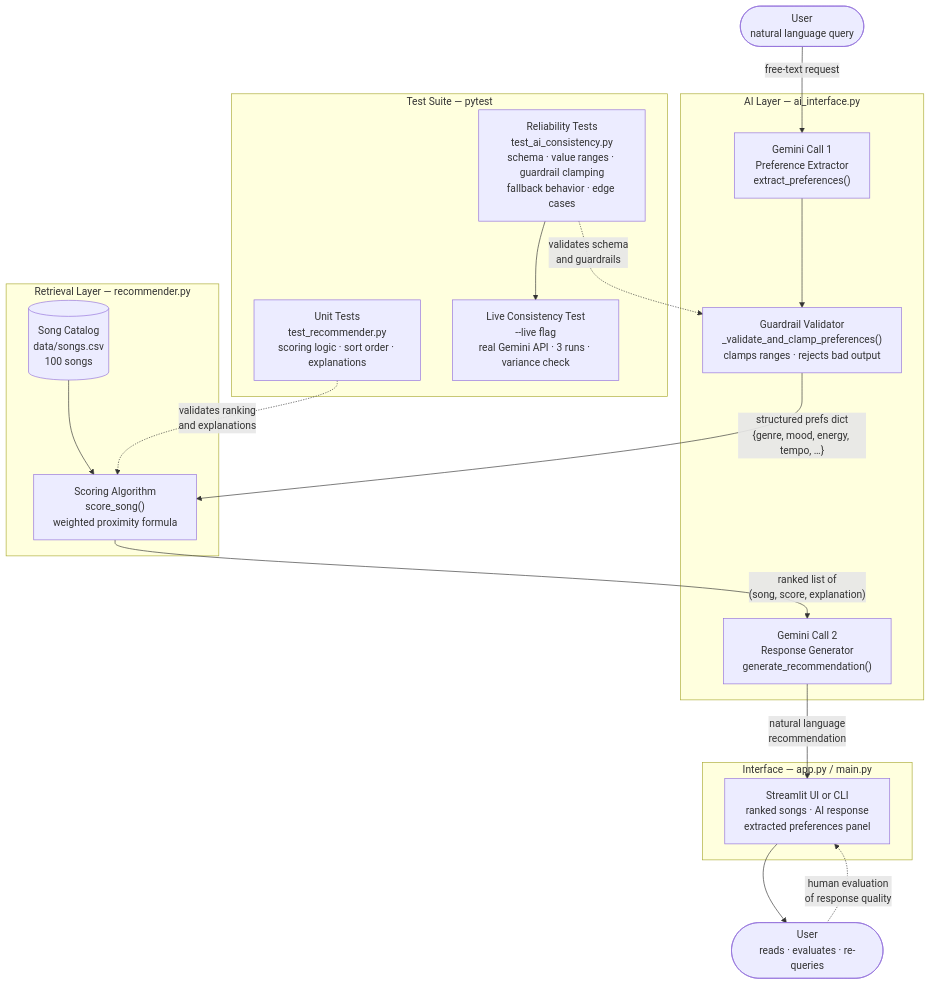
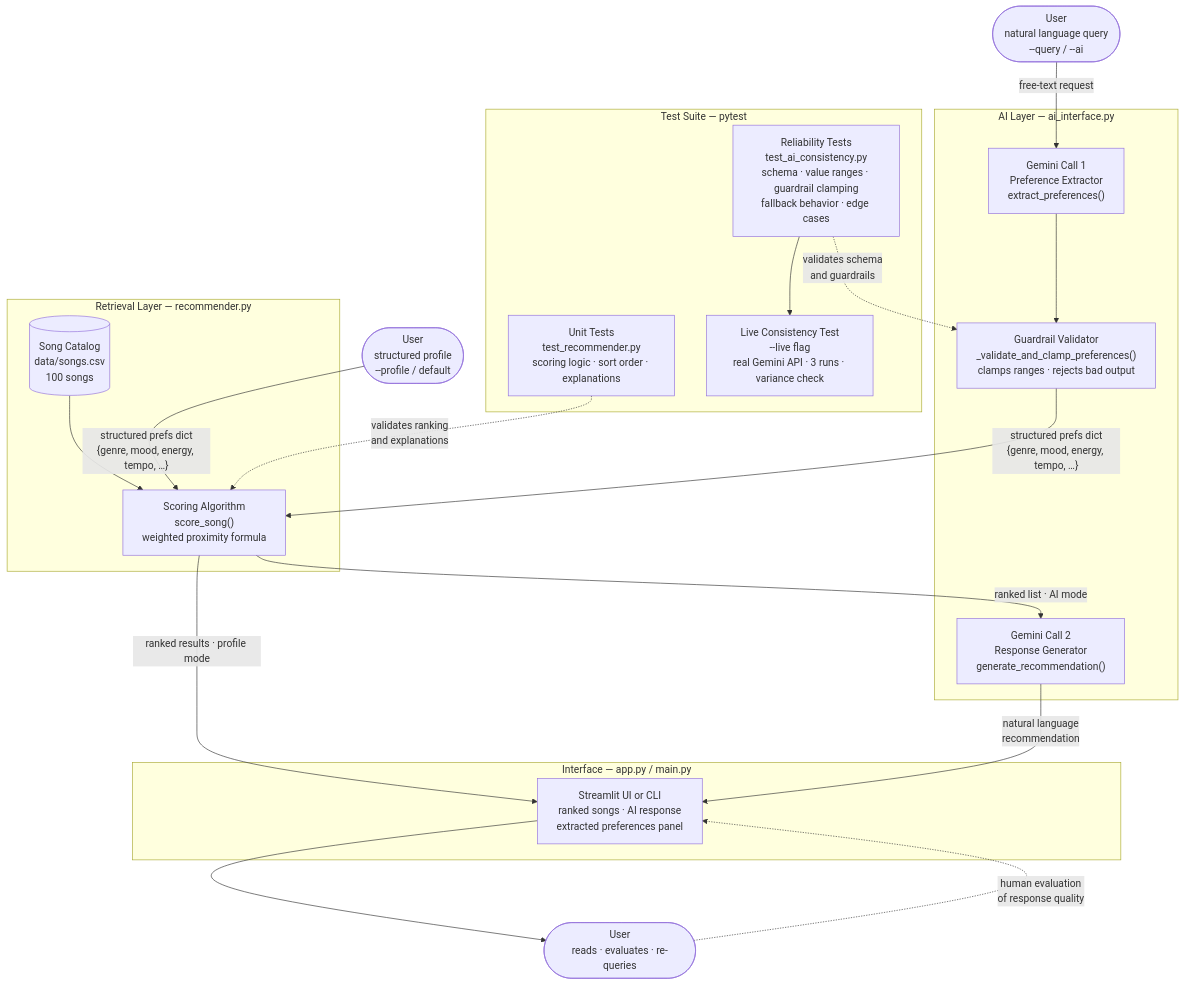
The diagram in system_diagram.mmd (annaecl/applied-ai-system-project), drawn with Mermaid before and after one commit. The commit also changed 4 other files, not shown here.

Commit message:
added diagrams

```diff
--- a/system_diagram.mmd
+++ b/system_diagram.mmd
@@ -1,36 +1,39 @@
 flowchart TD
-    User(["User\nnatural language query"])
+    UserNL(["User\nnatural language query\n--query / --ai"])
+    UserProfile(["User\nstructured profile\n--profile / default"])
 
     subgraph AI ["AI Layer — ai_interface.py"]
         Extract["Gemini Call 1\nPreference Extractor\nextract_preferences()"]
         Guard["Guardrail Validator\n_validate_and_clamp_preferences()\nclamps ranges · rejects bad output"]
         Generate["Gemini Call 2\nResponse Generator\ngenerate_recommendation()"]
         Extract --> Guard
     end
 
     subgraph Retrieval ["Retrieval Layer — recommender.py"]
         Score["Scoring Algorithm\nscore_song()\nweighted proximity formula"]
         Catalog[("Song Catalog\ndata/songs.csv\n100 songs")]
         Catalog --> Score
     end
 
     subgraph Interface ["Interface — app.py / main.py"]
         Output["Streamlit UI or CLI\nranked songs · AI response\nextracted preferences panel"]
     end
 
     subgraph Testing ["Test Suite — pytest"]
         UnitTests["Unit Tests\ntest_recommender.py\nscoring logic · sort order · explanations"]
         AITests["Reliability Tests\ntest_ai_consistency.py\nschema · value ranges · guardrail clamping\nfallback behavior · edge cases"]
         LiveTest["Live Consistency Test\n--live flag\nreal Gemini API · 3 runs · variance check"]
         AITests --> LiveTest
     end
 
-    User -->|"free-text request"| Extract
+    UserNL -->|"free-text request"| Extract
+    UserProfile -->|"structured prefs dict\n{genre, mood, energy, tempo, …}"| Score
     Guard -->|"structured prefs dict\n{genre, mood, energy, tempo, …}"| Score
-    Score -->|"ranked list of\n(song, score, explanation)"| Generate
+    Score -->|"ranked list · AI mode"| Generate
+    Score -->|"ranked results · profile mode"| Output
     Generate -->|"natural language\nrecommendation"| Output
     Output --> HumanReads(["User\nreads · evaluates · re-queries"])
 
     UnitTests -. "validates ranking\nand explanations" .-> Score
     AITests -. "validates schema\nand guardrails" .-> Guard
     HumanReads -. "human evaluation\nof response quality" .-> Output
```
